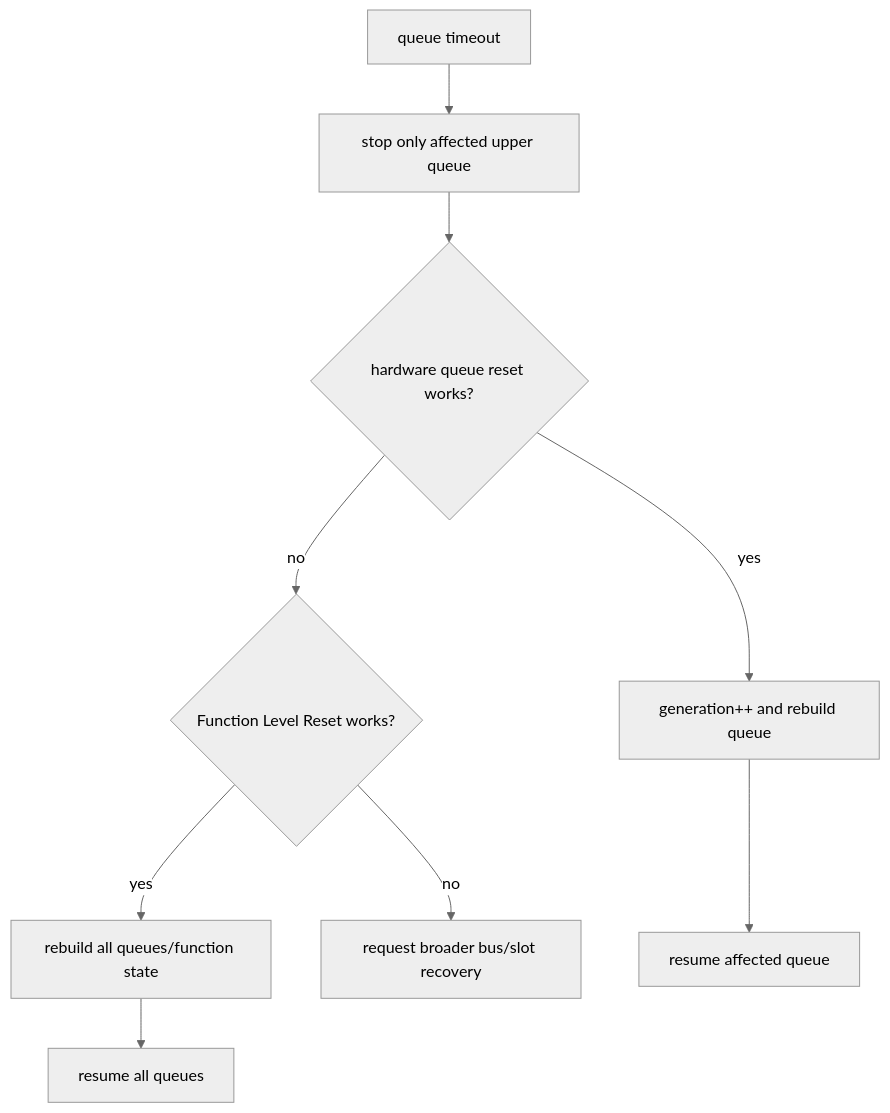
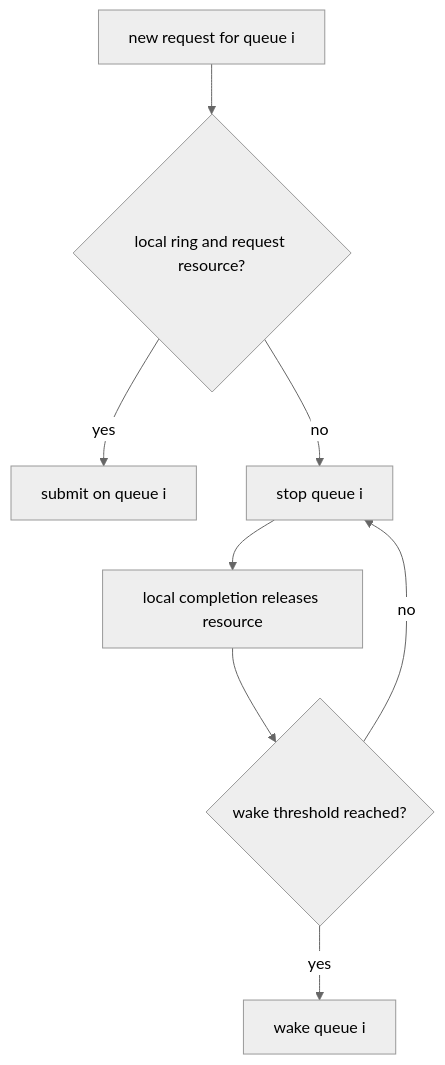
Before and after one commit to cdragon-ljl/EEandEdgeAI: the sixth of 6 diagrams in docs/articles/pcie/pci-17-multiqueue-dma-msix-throughput.md, drawn with Mermaid (neutral theme). The commit also changed other lines of this file and 4 other files, not shown here.

````diff
--- a/docs/articles/pcie/pci-17-multiqueue-dma-msix-throughput.md
+++ b/docs/articles/pcie/pci-17-multiqueue-dma-msix-throughput.md
@@ -460,11 +167,10 @@
 ```mermaid
 flowchart TD
-    T[queue timeout] --> STOP[stop only affected upper queue]
-    STOP --> QRESET{hardware queue reset works?}
-    QRESET -- yes --> GEN[generation++ and rebuild queue]
-    QRESET -- no --> FRESET{Function Level Reset works?}
-    FRESET -- yes --> ALL[rebuild all queues/function state]
-    FRESET -- no --> BUS[request broader bus/slot recovery]
-    GEN --> RUN[resume affected queue]
-    ALL --> RUNALL[resume all queues]
+    REQ[new request for queue i] --> SPACE{local ring and request resource?}
+    SPACE -- yes --> SUB[submit on queue i]
+    SPACE -- no --> STOP[stop queue i]
+    STOP --> CPL[local completion releases resource]
+    CPL --> TH{wake threshold reached?}
+    TH -- yes --> WAKE[wake queue i]
+    TH -- no --> STOP
 ```
````
